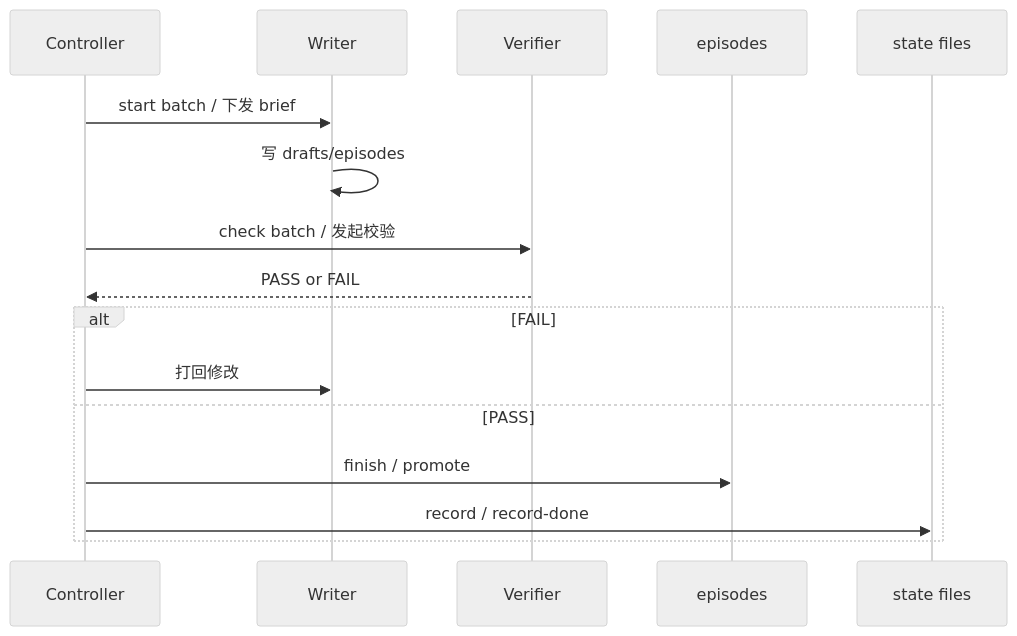
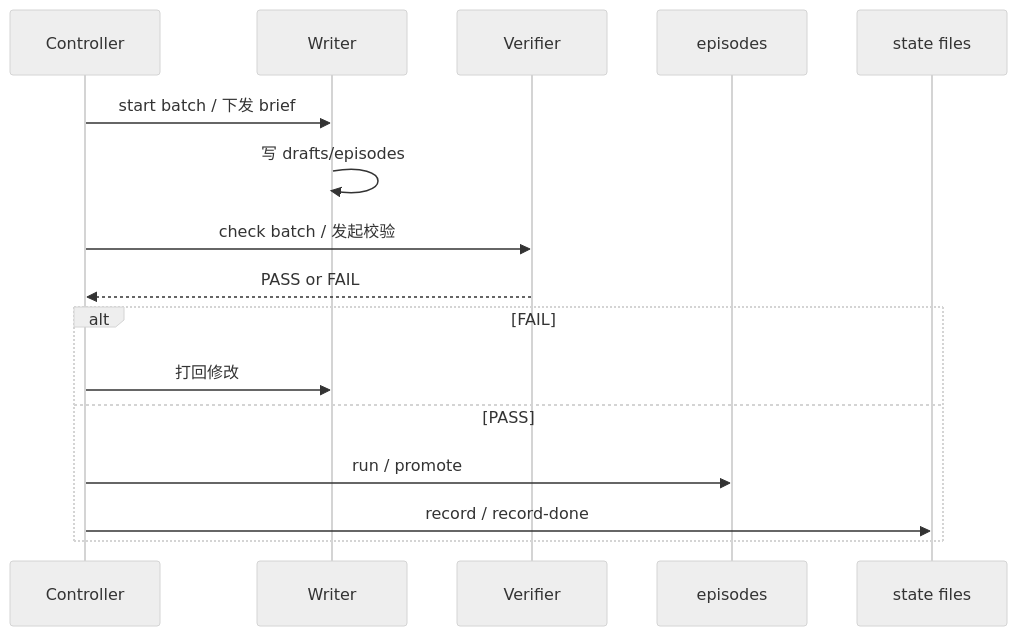
One commit to zc20180417/Juben changed the second of 2 diagrams in README.md. Above: the diagram before and after it, drawn with Mermaid (neutral theme). The commit also changed other lines of this file and 5 other files, not shown here.

````diff
--- a/README.md
+++ b/README.md
@@ -38,20 +38,20 @@
 ```mermaid
 sequenceDiagram
     participant C as Controller
     participant W as Writer
     participant V as Verifier
     participant E as episodes
     participant S as state files
 
     C->>W: start batch / 下发 brief
     W->>W: 写 drafts/episodes
     C->>V: check batch / 发起校验
     V-->>C: PASS or FAIL
 
     alt FAIL
         C->>W: 打回修改
     else PASS
-        C->>E: finish / promote
+        C->>E: run / promote
         C->>S: record / record-done
     end
 ```
````
